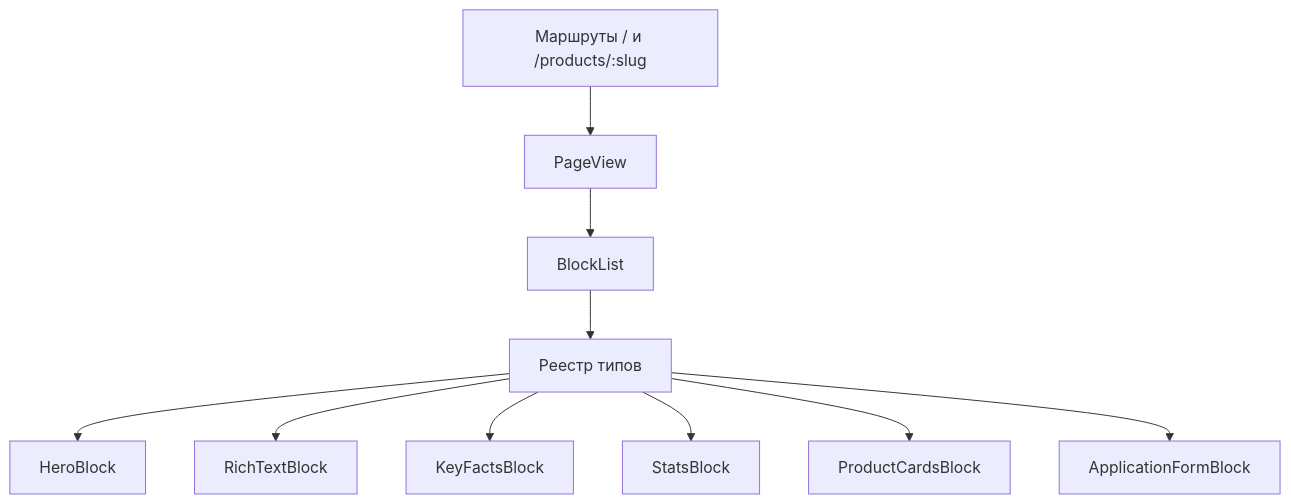
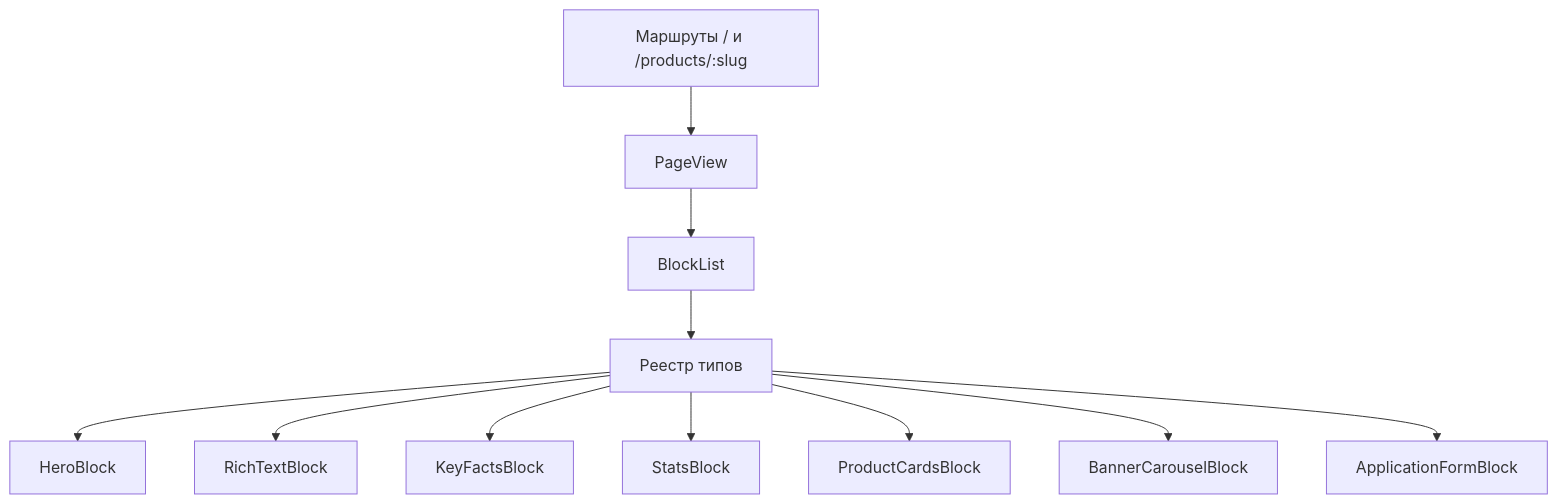
One commit to EgorSasim/bank-product-pages changed the third of 3 diagrams in docs/DESIGN.md. Above: the diagram before and after it, drawn with Mermaid. The commit also changed other lines of this file and 14 other files, not shown here.

````diff
--- a/docs/DESIGN.md
+++ b/docs/DESIGN.md
@@ -190,23 +190,25 @@
 ```mermaid
 flowchart TB
   router["Маршруты / и /products/:slug"]
   view[PageView]
   list[BlockList]
   registry[Реестр типов]
   hero[HeroBlock]
   text[RichTextBlock]
   facts[KeyFactsBlock]
   stats[StatsBlock]
   cards[ProductCardsBlock]
+  banners[BannerCarouselBlock]
   form[ApplicationFormBlock]
 
   router --> view
   view --> list
   list --> registry
   registry --> hero
   registry --> text
   registry --> facts
   registry --> stats
   registry --> cards
+  registry --> banners
   registry --> form
 ```
````
